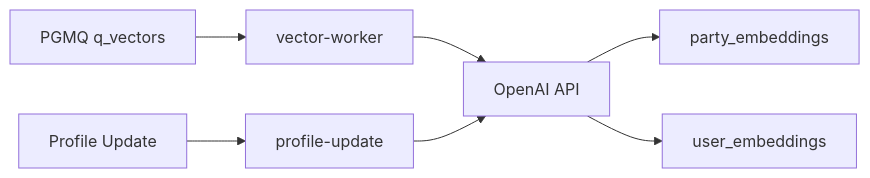
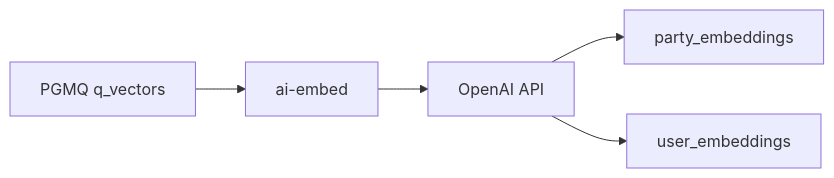
One commit to Mark-Yun/minglit changed the diagram in docs/architecture/search-and-recommendation.md. Above: the diagram before and after it, drawn with Mermaid. The commit also changed other lines of this file and 3 other files, not shown here.

First line of the commit message:
docs(architecture): 정기 감사 — ai-embed 리네임 + ai-extract-tags/q_tags 반영

````diff
--- a/docs/architecture/search-and-recommendation.md
+++ b/docs/architecture/search-and-recommendation.md
@@ -245,11 +237,7 @@
 ```mermaid
 flowchart LR
-    A[PGMQ q_vectors] --> B[vector-worker]
-    E[Profile Update] --> F[profile-update]
-
+    A[PGMQ q_vectors] --> B[ai-embed]
     B --> G[OpenAI API]
-    F --> G
-    
     G --> H[party_embeddings]
     G --> I[user_embeddings]
 ```
````
